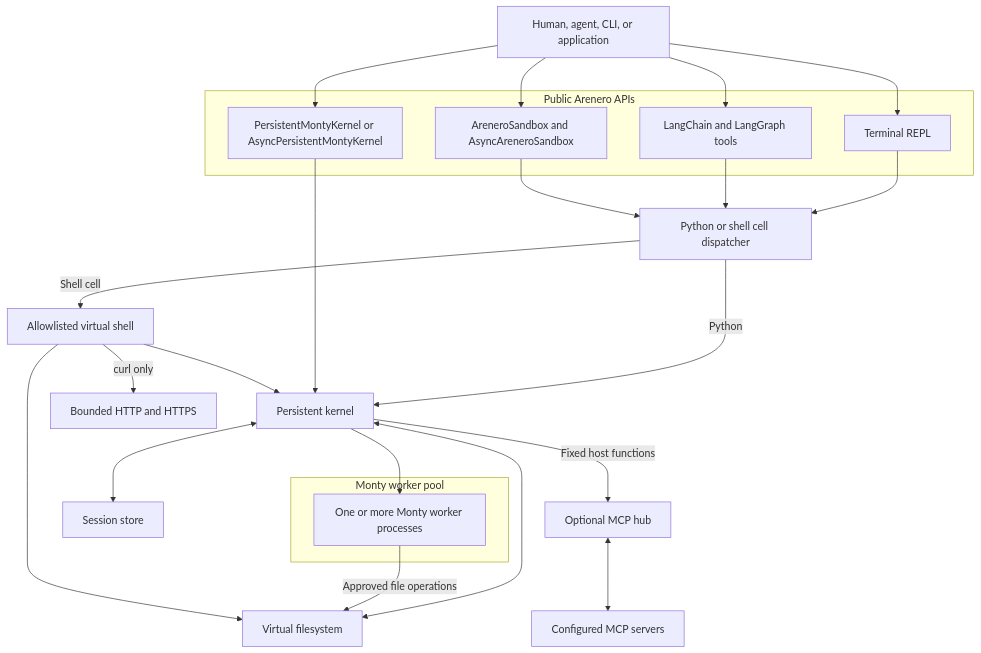
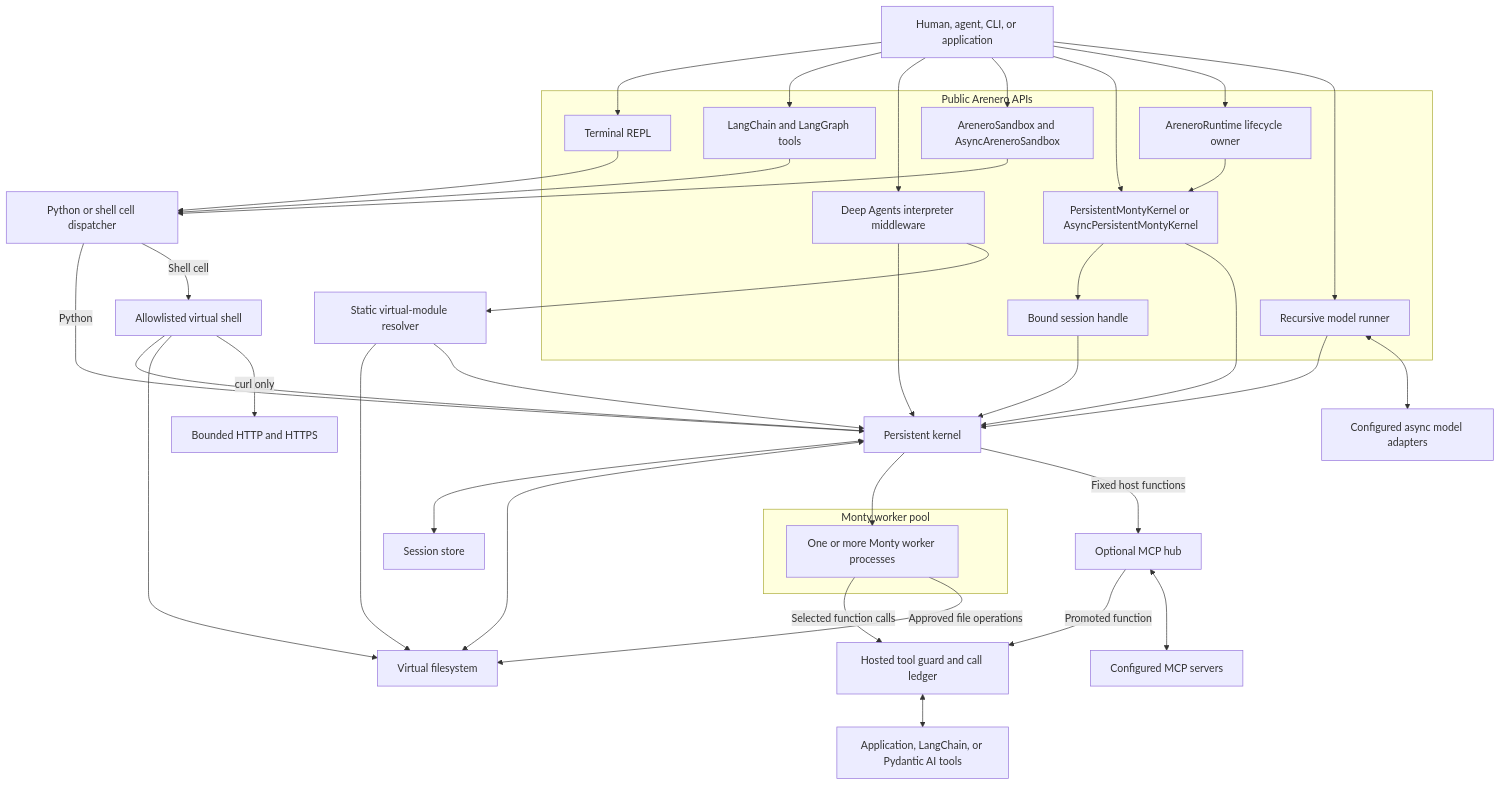
One commit to sgaseretto/arenero changed the first of 6 diagrams in docs/architecture.md. Above: the diagram before and after it, drawn with Mermaid. The commit also changed other lines of this file and 46 other files, not shown here.

````diff
--- a/docs/architecture.md
+++ b/docs/architecture.md
@@ -9,44 +9,67 @@
 ```mermaid
 flowchart TB
     Caller["Human, agent, CLI, or application"]
 
     subgraph PublicAPI["Public Arenero APIs"]
         CLI["Terminal REPL"]
         Tools["LangChain and LangGraph tools"]
+        Deep["Deep Agents interpreter middleware"]
         Facade["AreneroSandbox and AsyncAreneroSandbox"]
+        Runtime["AreneroRuntime lifecycle owner"]
+        Recursive["Recursive model runner"]
+        Handle["Bound session handle"]
         Direct["PersistentMontyKernel or AsyncPersistentMontyKernel"]
     end
 
     Cell["Python or shell cell dispatcher"]
     Shell["Allowlisted virtual shell"]
     Kernel["Persistent kernel"]
     Store["Session store"]
     Files["Virtual filesystem"]
     Network["Bounded HTTP and HTTPS"]
+    Hosted["Hosted tool guard and call ledger"]
+    Modules["Static virtual-module resolver"]
+    Frameworks["Application, LangChain, or Pydantic AI tools"]
     McpHub["Optional MCP hub"]
     McpServers["Configured MCP servers"]
+    Models["Configured async model adapters"]
 
     subgraph Worker["Monty worker pool"]
         VM["One or more Monty worker processes"]
     end
 
     Caller --> CLI
     Caller --> Tools
+    Caller --> Deep
     Caller --> Facade
     Caller --> Direct
+    Caller --> Runtime
+    Caller --> Recursive
+    Runtime --> Direct
+    Direct --> Handle
+    Recursive --> Kernel
+    Recursive <--> Models
+    Handle --> Kernel
     CLI --> Cell
     Tools --> Cell
+    Deep --> Kernel
+    Deep --> Modules
     Facade --> Cell
     Cell -->|Python| Kernel
     Cell -->|Shell cell| Shell
     Direct --> Kernel
     Shell --> Kernel
     Kernel <--> Store
     Kernel <--> Files
+    Modules --> Files
+    Modules --> Kernel
     Kernel --> VM
+    VM -->|Selected function calls| Hosted
+    Hosted <--> Frameworks
     VM -->|Approved file operations| Files
     Shell --> Files
     Shell -->|curl only| Network
     Kernel -->|Fixed host functions| McpHub
+    McpHub -->|Promoted function| Hosted
     McpHub <--> McpServers
 ```
````
